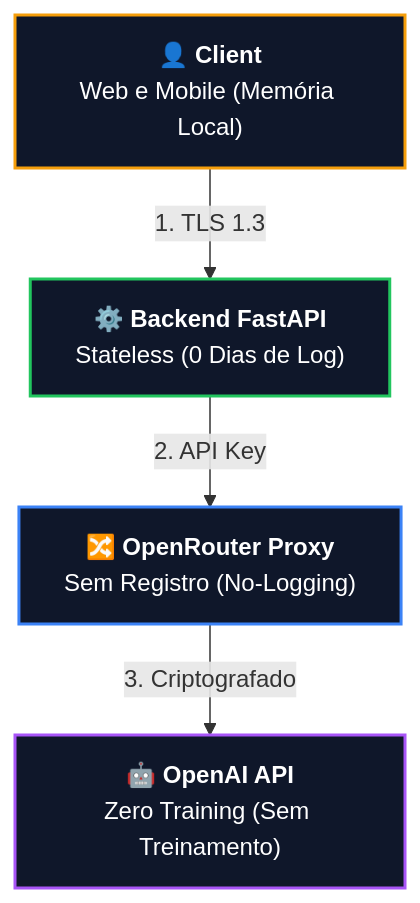
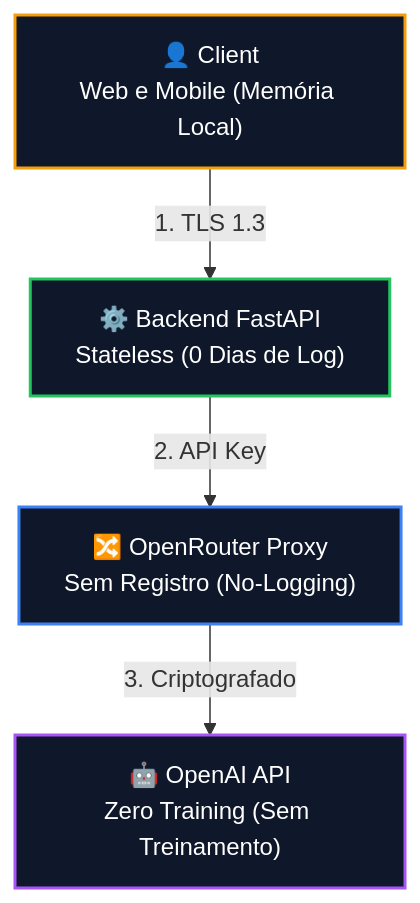
The diagram in docs/tratamento_dados.md (lucasbarros097/Deere_Inspect), drawn with Mermaid before and after one commit. The commit also changed other lines of this file, not shown here.

````diff
--- a/docs/tratamento_dados.md
+++ b/docs/tratamento_dados.md
@@ -12,21 +11,21 @@
 ```mermaid
 flowchart TD
-    A["👤 <b>Client</b><br/>Web e Mobile (Memória Local)"]
-    B["⚙️ <b>Backend FastAPI</b><br/>Stateless (0 Dias de Log)"]
-    C["🔀 <b>OpenRouter Proxy</b><br/>Sem Registro (No-Logging)"]
-    D["🤖 <b>OpenAI API</b><br/>Zero Training (Sem Treinamento)"]
+    A["👤 Client<br/>Web e Mobile (Memória Local)"]
+    B["⚙️ Backend FastAPI<br/>Stateless (0 Dias de Log)"]
+    C["🔀 OpenRouter Proxy<br/>Sem Registro (No-Logging)"]
+    D["🤖 OpenAI API<br/>Zero Training (Sem Treinamento)"]
 
     A -->|"1. TLS 1.3"| B
     B -->|"2. API Key"| C
     C -->|"3. Criptografado"| D
 
     classDef client fill:#0f172a,stroke:#f59e0b,stroke-width:2px,color:#fff
     classDef backend fill:#0f172a,stroke:#22c55e,stroke-width:2px,color:#fff
     classDef proxy fill:#0f172a,stroke:#3b82f6,stroke-width:2px,color:#fff
     classDef provider fill:#0f172a,stroke:#a855f7,stroke-width:2px,color:#fff
 
     class A client
     class B backend
     class C proxy
     class D provider
 ```
````
